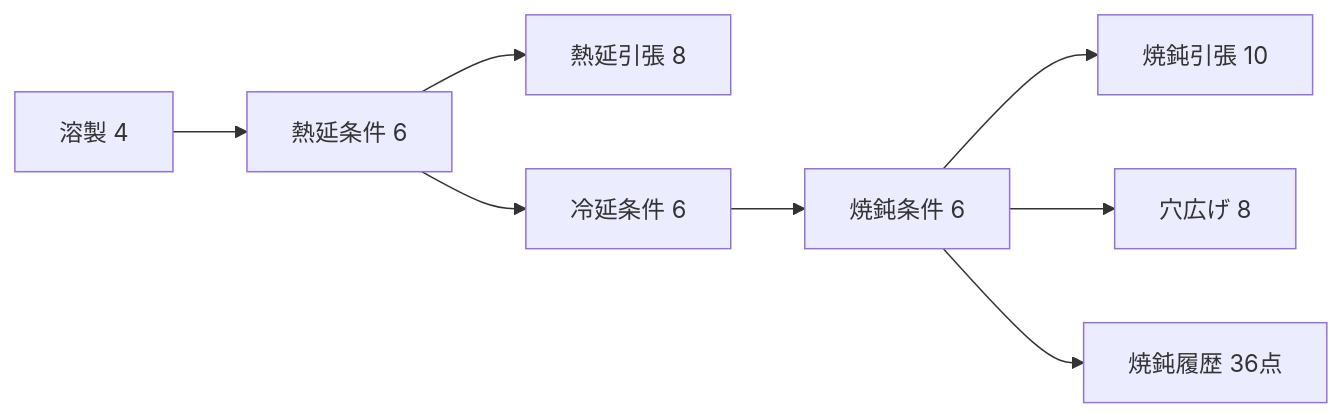
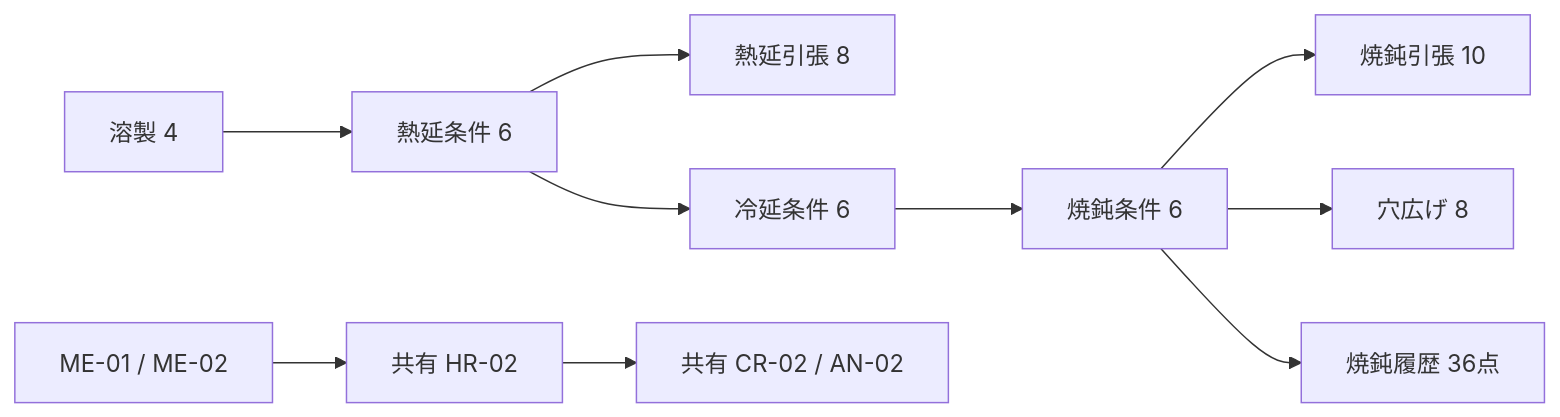
The diagram in docs/tutorial-data-pipeline.md (mryk814/re-process-dashboard), drawn with Mermaid before and after one commit. The commit also changed other lines of this file and 51 other files, not shown here.

````diff
--- a/docs/tutorial-data-pipeline.md
+++ b/docs/tutorial-data-pipeline.md
@@ -31,10 +31,12 @@
 ```mermaid
 flowchart LR
   M["溶製 4"] --> H["熱延条件 6"]
+  M2["ME-01 / ME-02"] --> SH["共有 HR-02"]
   H --> HT["熱延引張 8"]
   H --> C["冷延条件 6"]
   C --> A["焼鈍条件 6"]
+  SH --> SA["共有 CR-02 / AN-02"]
   A --> AT["焼鈍引張 10"]
   A --> HE["穴広げ 8"]
   A --> HP["焼鈍履歴 36点"]
 ```
````
